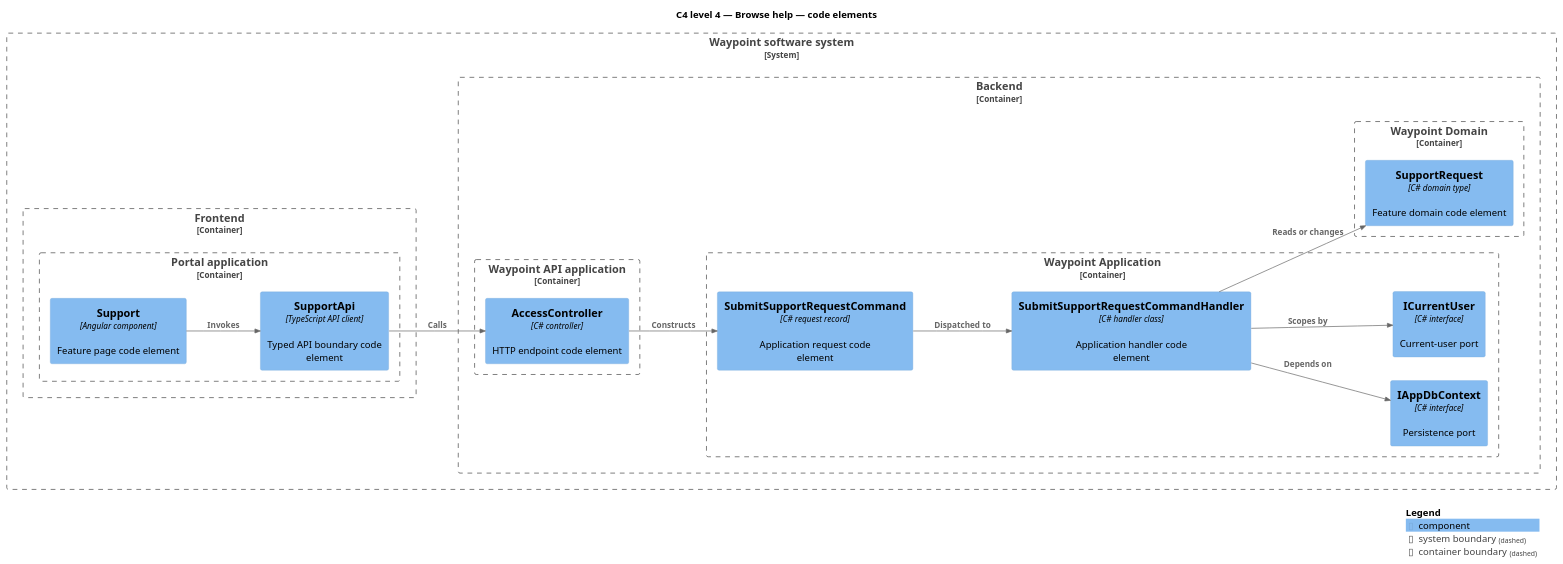
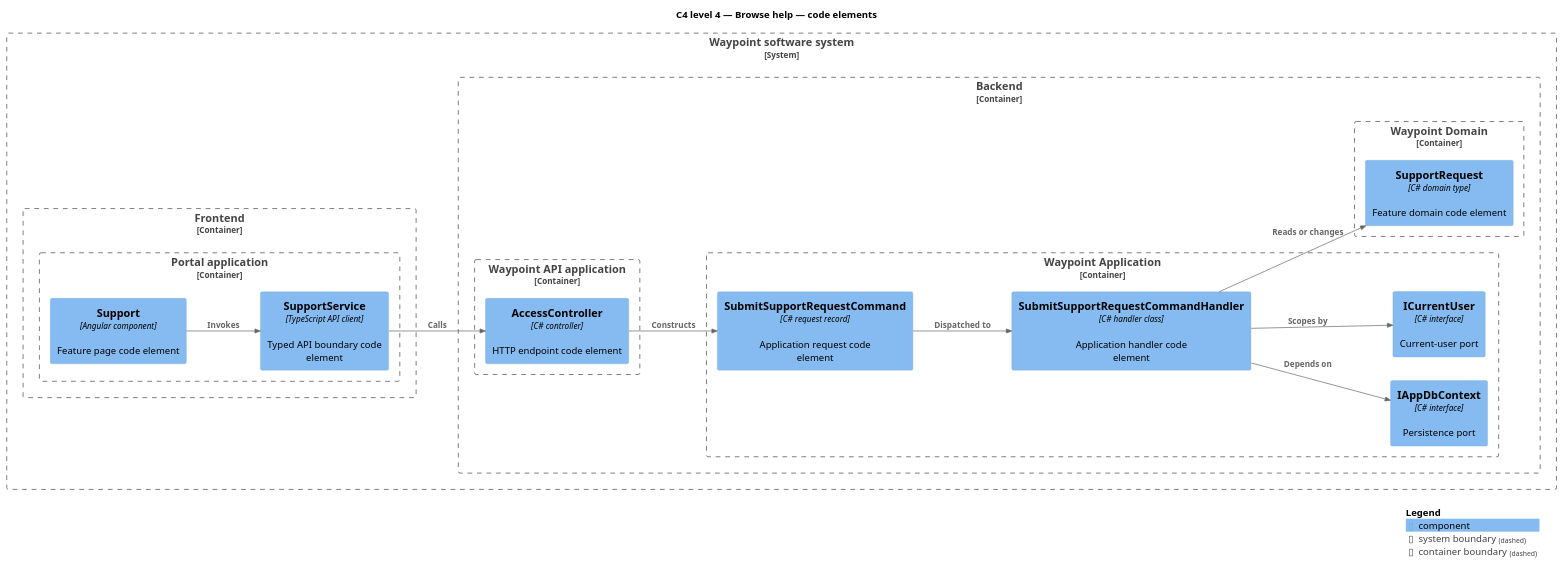
The diagram in docs/detailed-designs/platform-services/browse-help/diagrams/c4-code.puml (QuinntyneBrown/waypoint), drawn with PlantUML before and after one commit. The commit also changed 679 other files, not shown here.

First line of the commit message:
Rename frontend API services from *Api to *Service

```diff
--- a/docs/detailed-designs/platform-services/browse-help/diagrams/c4-code.puml
+++ b/docs/detailed-designs/platform-services/browse-help/diagrams/c4-code.puml
@@ -1,35 +1,35 @@
 @startuml
 !include <C4/C4_Component>
 LAYOUT_LEFT_RIGHT()
 title C4 level 4 — Browse help — code elements
 System_Boundary(waypoint, "Waypoint software system") {
   Container_Boundary(frontend, "Frontend") {
     Container_Boundary(frontend_app, "Portal application") {
       Component(page, "Support", "Angular component", "Feature page code element")
-      Component(client, "SupportApi", "TypeScript API client", "Typed API boundary code element")
+      Component(client, "SupportService", "TypeScript API client", "Typed API boundary code element")
     }
   }
   Container_Boundary(backend, "Backend") {
     Container_Boundary(api_app, "Waypoint API application") {
       Component(controller, "AccessController", "C# controller", "HTTP endpoint code element")
     }
     Container_Boundary(application, "Waypoint Application") {
       Component(request, "SubmitSupportRequestCommand", "C# request record", "Application request code element")
       Component(handler, "SubmitSupportRequestCommandHandler", "C# handler class", "Application handler code element")
       Component(dbport, "IAppDbContext", "C# interface", "Persistence port")
       Component(current, "ICurrentUser", "C# interface", "Current-user port")
     }
     Container_Boundary(domain, "Waypoint Domain") {
       Component(entity, "SupportRequest", "C# domain type", "Feature domain code element")
     }
   }
 }
 Rel(page, client, "Invokes")
 Rel(client, controller, "Calls")
 Rel(controller, request, "Constructs")
 Rel(request, handler, "Dispatched to")
 Rel(handler, dbport, "Depends on")
 Rel(handler, current, "Scopes by")
 Rel(handler, entity, "Reads or changes")
 SHOW_LEGEND()
 @enduml
```
